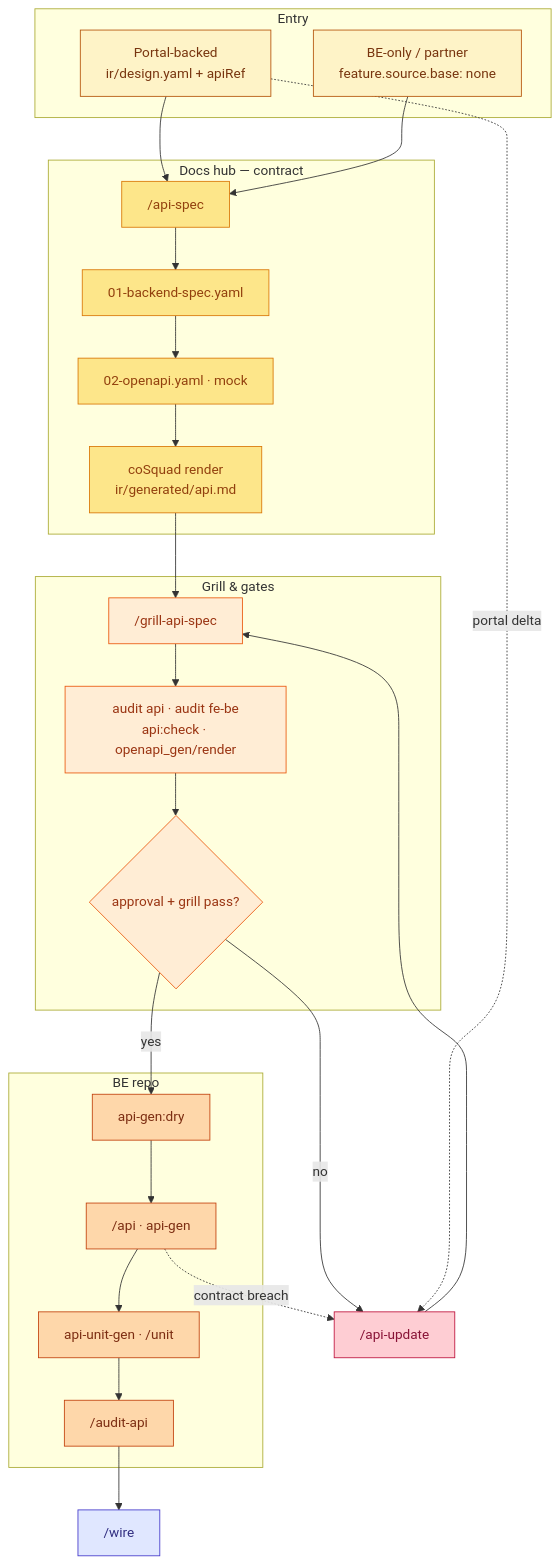
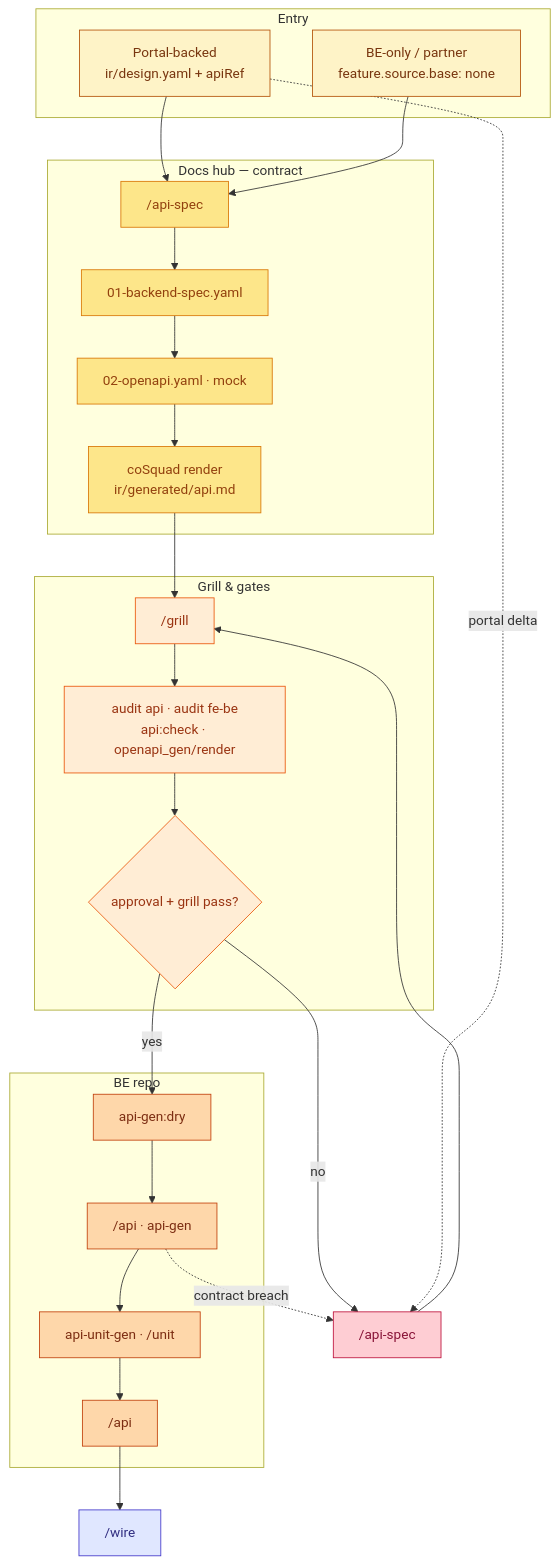
The first of 3 diagrams in workflows/backend.md (ShanYuCoder/Doc-CoSquad), drawn with Mermaid before and after one commit. The commit also changed other lines of this file and 302 other files, not shown here.

````diff
--- a/workflows/backend.md
+++ b/workflows/backend.md
@@ -15,52 +15,52 @@
 ```mermaid
 flowchart TD
   subgraph IN["Entry"]
     PORT["Portal-backed\nir/design.yaml + apiRef"]
     ONLY["BE-only / partner\nfeature.source.base: none"]
   end
 
   subgraph CONTRACT["Docs hub — contract"]
     AS["/api-spec"]
     O1["01-backend-spec.yaml"]
     O2["02-openapi.yaml · mock"]
     REN["coSquad render\nir/generated/api.md"]
   end
 
   subgraph GRILL["Grill & gates"]
-    GAS["/grill-api-spec"]
+    GAS["/grill"]
     AUD["audit api · audit fe-be\napi:check · openapi_gen/render"]
     APR{"approval + grill pass?"}
   end
 
   subgraph CODE["BE repo"]
     DRY["api-gen:dry"]
     GEN["/api · api-gen"]
     UNIT["api-unit-gen · /unit"]
-    AUDIT["/audit-api"]
+    AUDIT["/api"]
   end
 
   OUT["/wire"]
-  US["/api-update"]
+  US["/api-spec"]
 
   PORT --> AS
   ONLY --> AS
   AS --> O1 --> O2 --> REN --> GAS --> AUD --> APR
   APR -->|no| US --> GAS
   APR -->|yes| DRY --> GEN --> UNIT --> AUDIT --> OUT
   PORT -.->|portal delta| US
   GEN -.->|contract breach| US
 
   classDef entry fill:#FEF3C7,stroke:#B45309,color:#78350F
   classDef contract fill:#FDE68A,stroke:#D97706,color:#92400E
   classDef grill fill:#FFEDD5,stroke:#EA580C,color:#9A3412
   classDef code fill:#FED7AA,stroke:#C2410C,color:#7C2D12
   classDef gap fill:#FECDD3,stroke:#BE123C,color:#881337
   classDef out fill:#E0E7FF,stroke:#4338CA,color:#312E81
 
   class PORT,ONLY entry
   class AS,O1,O2,REN contract
   class GAS,AUD,APR grill
   class DRY,GEN,UNIT,AUDIT code
   class US gap
   class OUT out
 ```
````
